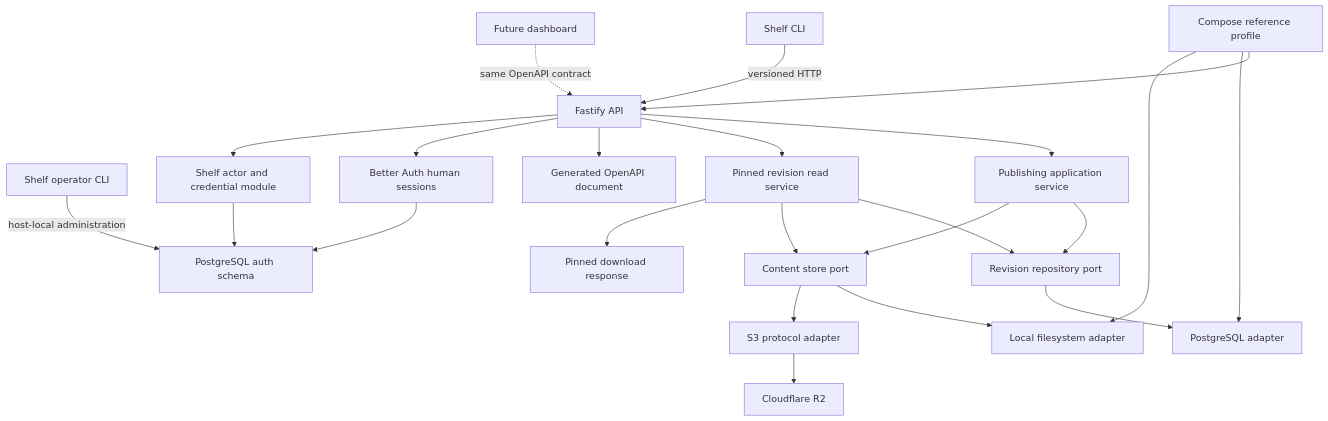
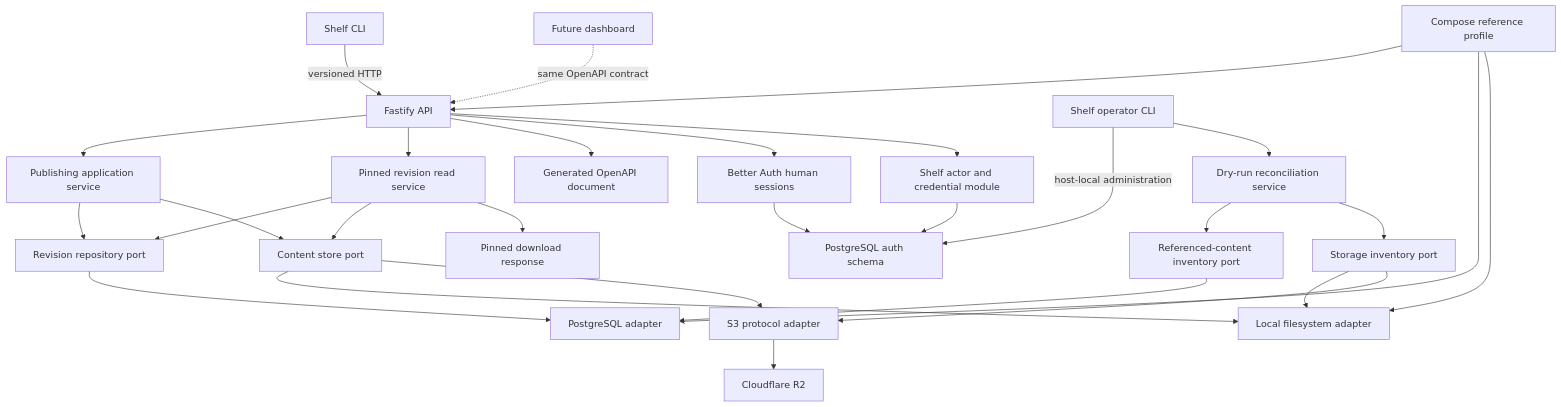
One commit to amitray007/shelf changed the second of 3 diagrams in docs/plans/2026-08-17-0030-feat-shelf-product-plan.md. Above: the diagram before and after it, drawn with Mermaid. The commit also changed other lines of this file and 21 other files, not shown here.

Commit message:
feat: add read-only storage reconciliation (U12)

````diff
--- a/docs/plans/2026-08-17-0030-feat-shelf-product-plan.md
+++ b/docs/plans/2026-08-17-0030-feat-shelf-product-plan.md
@@ -300,25 +301,31 @@
 ```mermaid
 flowchart TB
   CLI[Shelf CLI] -->|versioned HTTP| API[Fastify API]
   ADMIN[Shelf operator CLI] -->|host-local administration| AUTHPG
+  ADMIN --> RECON[Dry-run reconciliation service]
   COMPOSE[Compose reference profile] --> API
   COMPOSE --> PG
   COMPOSE --> LOCAL
   FUTURE[Future dashboard] -.->|same OpenAPI contract| API
   API --> APP[Publishing application service]
   API --> READ[Pinned revision read service]
   APP --> META[Revision repository port]
   APP --> CONTENT[Content store port]
   READ --> META
   READ --> CONTENT
+  RECON --> REFS[Referenced-content inventory port]
+  RECON --> INVENTORY[Storage inventory port]
   API --> SPEC[Generated OpenAPI document]
   API --> HUMAN[Better Auth human sessions]
   API --> ACCESS[Shelf actor and credential module]
   HUMAN --> AUTHPG[PostgreSQL auth schema]
   ACCESS --> AUTHPG
   META --> PG[PostgreSQL adapter]
+  REFS --> PG
   CONTENT --> LOCAL[Local filesystem adapter]
   CONTENT --> S3[S3 protocol adapter]
+  INVENTORY --> LOCAL
+  INVENTORY --> S3
   S3 --> R2[Cloudflare R2]
   READ --> DOWNLOAD[Pinned download response]
 ```
````
